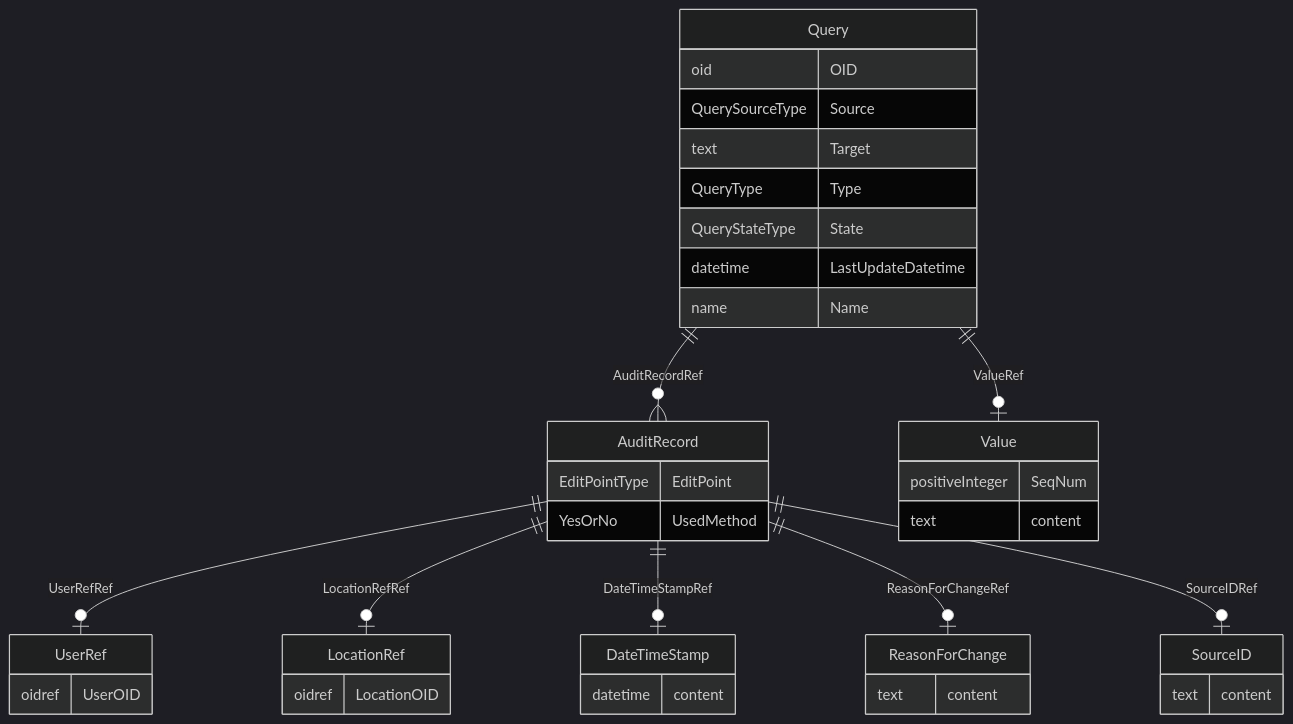
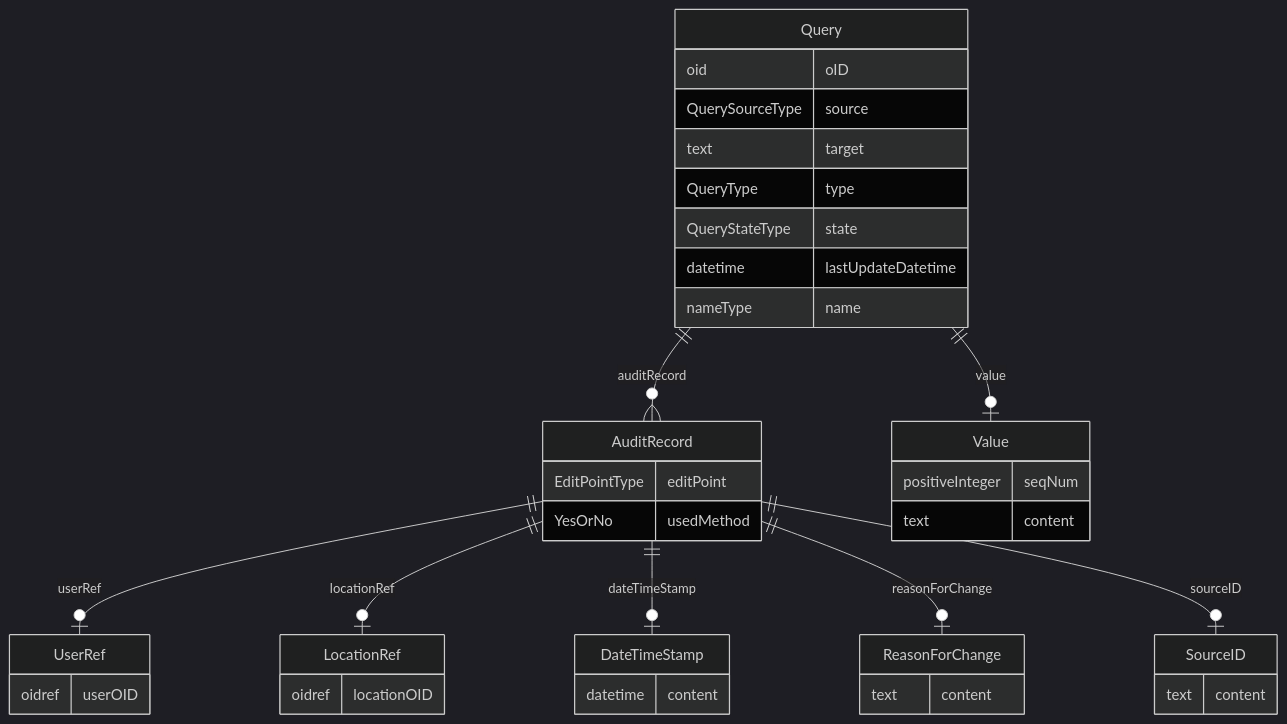
Before and after one commit to cdisc-org/DataExchange-ODM-LinkML: the diagram in docs/Query.md, drawn with Mermaid (dark theme). The commit also changed other lines of this file and 759 other files, not shown here.

````diff
--- a/docs/Query.md
+++ b/docs/Query.md
@@ -11,44 +11,44 @@
 ```mermaid
 erDiagram
 Query {
-    oid OID  
-    QuerySourceType Source  
-    text Target  
-    QueryType Type  
-    QueryStateType State  
-    datetime LastUpdateDatetime  
-    name Name  
+    oid oID  
+    QuerySourceType source  
+    text target  
+    QueryType type  
+    QueryStateType state  
+    datetime lastUpdateDatetime  
+    nameType name  
 }
 AuditRecord {
-    EditPointType EditPoint  
-    YesOrNo UsedMethod  
+    EditPointType editPoint  
+    YesOrNo usedMethod  
 }
 SourceID {
     text content  
 }
 ReasonForChange {
     text content  
 }
 DateTimeStamp {
     datetime content  
 }
 LocationRef {
-    oidref LocationOID  
+    oidref locationOID  
 }
 UserRef {
-    oidref UserOID  
+    oidref userOID  
 }
 Value {
-    positiveInteger SeqNum  
+    positiveInteger seqNum  
     text content  
 }
 
-Query ||--|o Value : "ValueRef"
-Query ||--}o AuditRecord : "AuditRecordRef"
-AuditRecord ||--|o UserRef : "UserRefRef"
-AuditRecord ||--|o LocationRef : "LocationRefRef"
-AuditRecord ||--|o DateTimeStamp : "DateTimeStampRef"
-AuditRecord ||--|o ReasonForChange : "ReasonForChangeRef"
-AuditRecord ||--|o SourceID : "SourceIDRef"
+Query ||--|o Value : "value"
+Query ||--}o AuditRecord : "auditRecord"
+AuditRecord ||--|o UserRef : "userRef"
+AuditRecord ||--|o LocationRef : "locationRef"
+AuditRecord ||--|o DateTimeStamp : "dateTimeStamp"
+AuditRecord ||--|o ReasonForChange : "reasonForChange"
+AuditRecord ||--|o SourceID : "sourceID"
 
 ```
````
